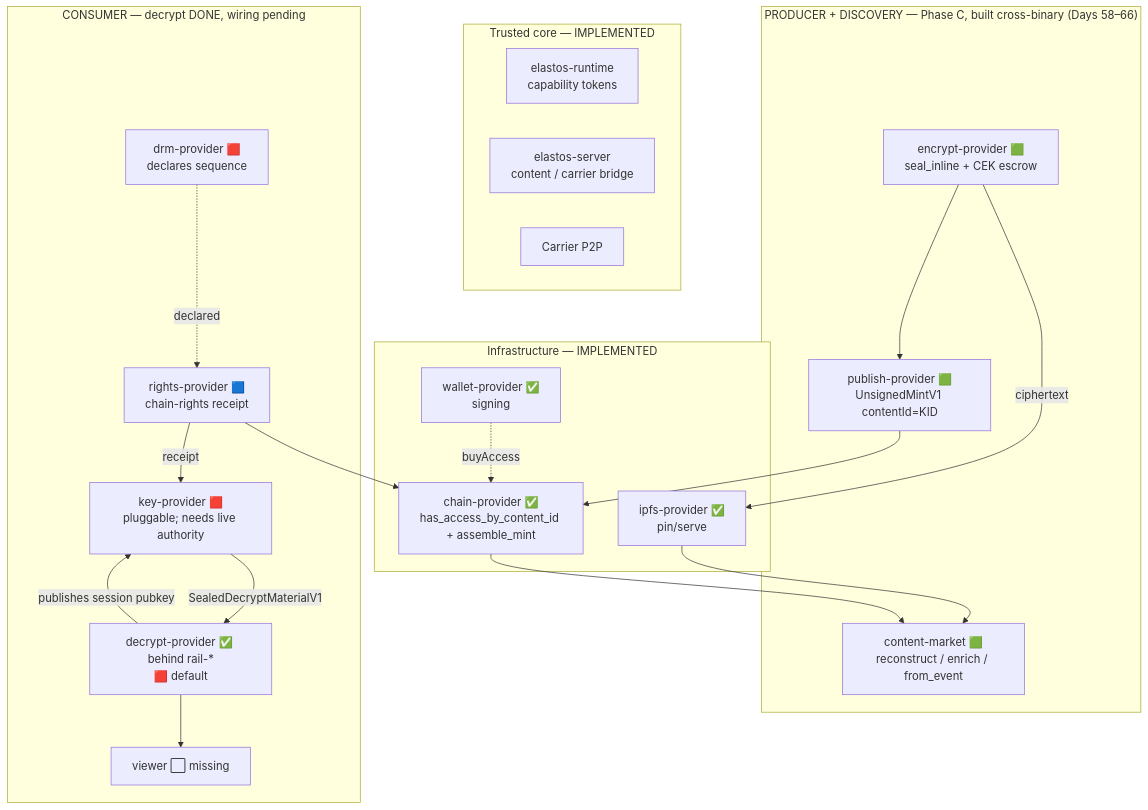
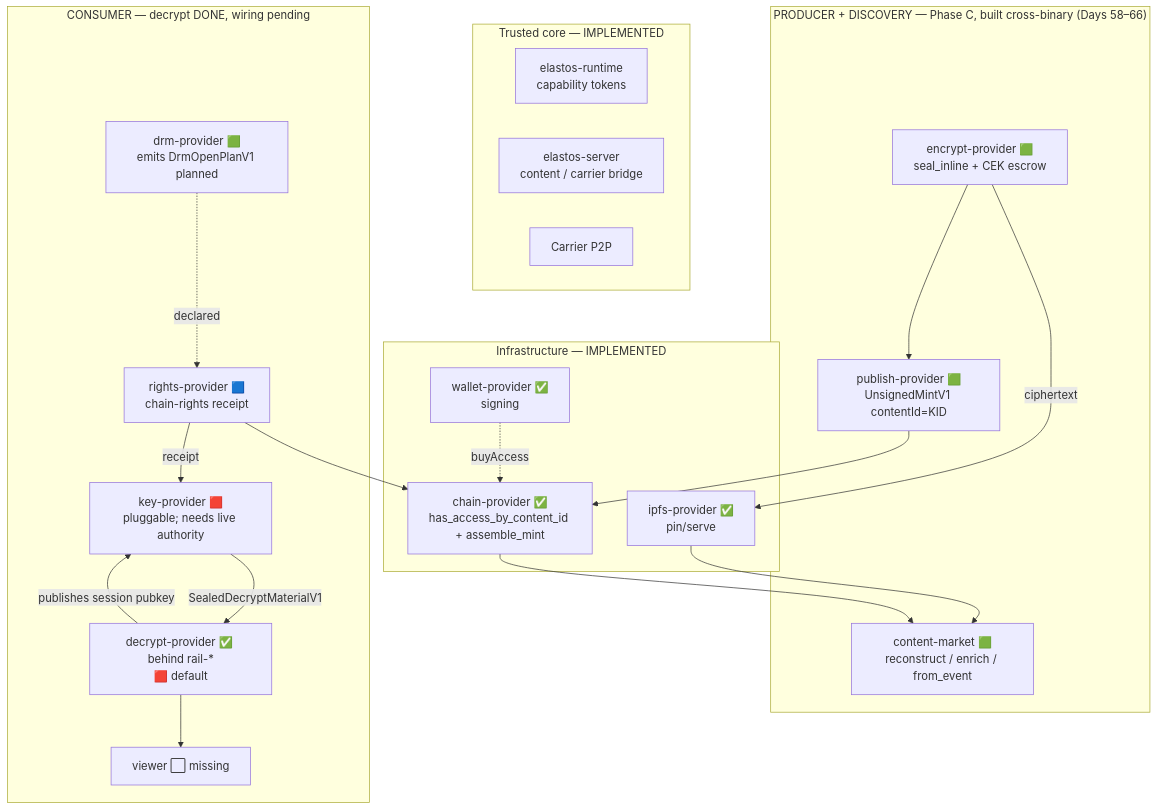
One commit to Elacity/elastos-runtime changed the first of 2 diagrams in docs/convergence/SYSTEM_ARCHITECTURE_MAP.md. Above: the diagram before and after it, drawn with Mermaid. The commit also changed other lines of this file and 6 other files, not shown here.

````diff
--- a/docs/convergence/SYSTEM_ARCHITECTURE_MAP.md
+++ b/docs/convergence/SYSTEM_ARCHITECTURE_MAP.md
@@ -121,32 +121,32 @@
 ```mermaid
 flowchart TB
   subgraph core["Trusted core — IMPLEMENTED"]
     RT[elastos-runtime<br/>capability tokens]
     SRV[elastos-server<br/>content / carrier bridge]
     CAR[Carrier P2P]
   end
   subgraph infra["Infrastructure — IMPLEMENTED"]
     IPFS[ipfs-provider ✅<br/>pin/serve]
     CHN[chain-provider ✅<br/>has_access_by_content_id + assemble_mint]
     WLT[wallet-provider ✅<br/>signing]
   end
   subgraph prod["PRODUCER + DISCOVERY — Phase C, built cross-binary (Days 58–66)"]
     ENC[encrypt-provider 🟩<br/>seal_inline + CEK escrow]
     PUBP[publish-provider 🟩<br/>UnsignedMintV1 contentId=KID]
     MKT[content-market 🟩<br/>reconstruct / enrich / from_event]
   end
   subgraph cons["CONSUMER — decrypt DONE, wiring pending"]
-    DRM[drm-provider 🟥<br/>declares sequence]
+    DRM[drm-provider 🟩<br/>emits DrmOpenPlanV1 planned]
     RTS[rights-provider 🟦<br/>chain-rights receipt]
     KEY[key-provider 🟥<br/>pluggable; needs live authority]
     DEC[decrypt-provider ✅ behind rail-*<br/>🟥 default]
     VIEW[viewer ⬜ missing]
   end
   ENC --> PUBP --> CHN
   ENC -->|ciphertext| IPFS --> MKT
   CHN --> MKT
   WLT -. buyAccess .-> CHN
   DRM -. declared .-> RTS --> CHN
   RTS -->|receipt| KEY -->|SealedDecryptMaterialV1| DEC --> VIEW
   DEC -->|publishes session pubkey| KEY
 ```
````
